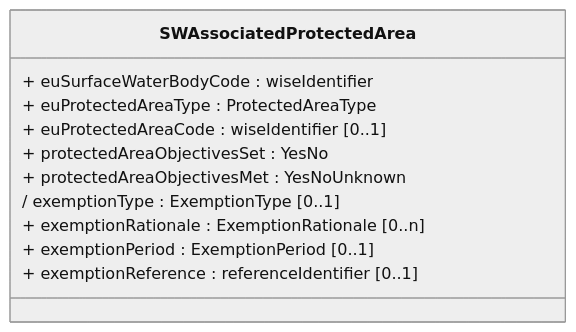
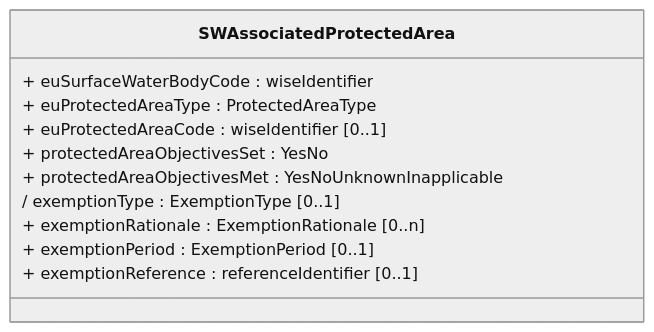
The diagram in docs/DataModelReview/mmd/Exemptions_4thCycle_SWAssociatedProtectedArea_ClassDiagram.mmd (eeadata/WISE.WFD.Documentation), drawn with Mermaid before and after one commit. The commit also changed 6 other files, not shown here.

```diff
--- a/docs/DataModelReview/mmd/Exemptions_4thCycle_SWAssociatedProtectedArea_ClassDiagram.mmd
+++ b/docs/DataModelReview/mmd/Exemptions_4thCycle_SWAssociatedProtectedArea_ClassDiagram.mmd
@@ -1,13 +1,13 @@
 %%{init: {'theme': 'neutral'}}%%
 classDiagram
 class SWAssociatedProtectedArea{
 	+ euSurfaceWaterBodyCode : wiseIdentifier
 	+ euProtectedAreaType : ProtectedAreaType 
 	+ euProtectedAreaCode : wiseIdentifier [0..1]
 	+ protectedAreaObjectivesSet : YesNo
-	+ protectedAreaObjectivesMet : YesNoUnknown
+	+ protectedAreaObjectivesMet : YesNoUnknownInapplicable
 	/ exemptionType : ExemptionType [0..1]
 	+ exemptionRationale : ExemptionRationale [0..n]
 	+ exemptionPeriod : ExemptionPeriod [0..1]
 	+ exemptionReference : referenceIdentifier [0..1]
 	   } 
```
